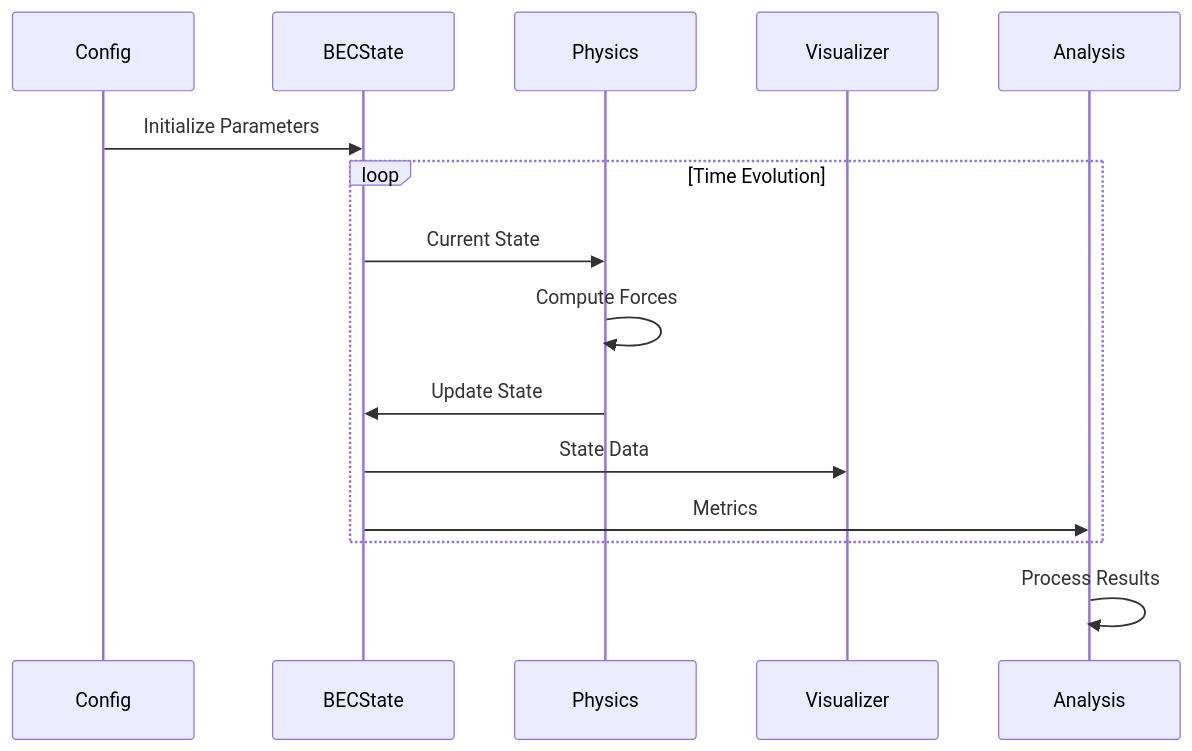
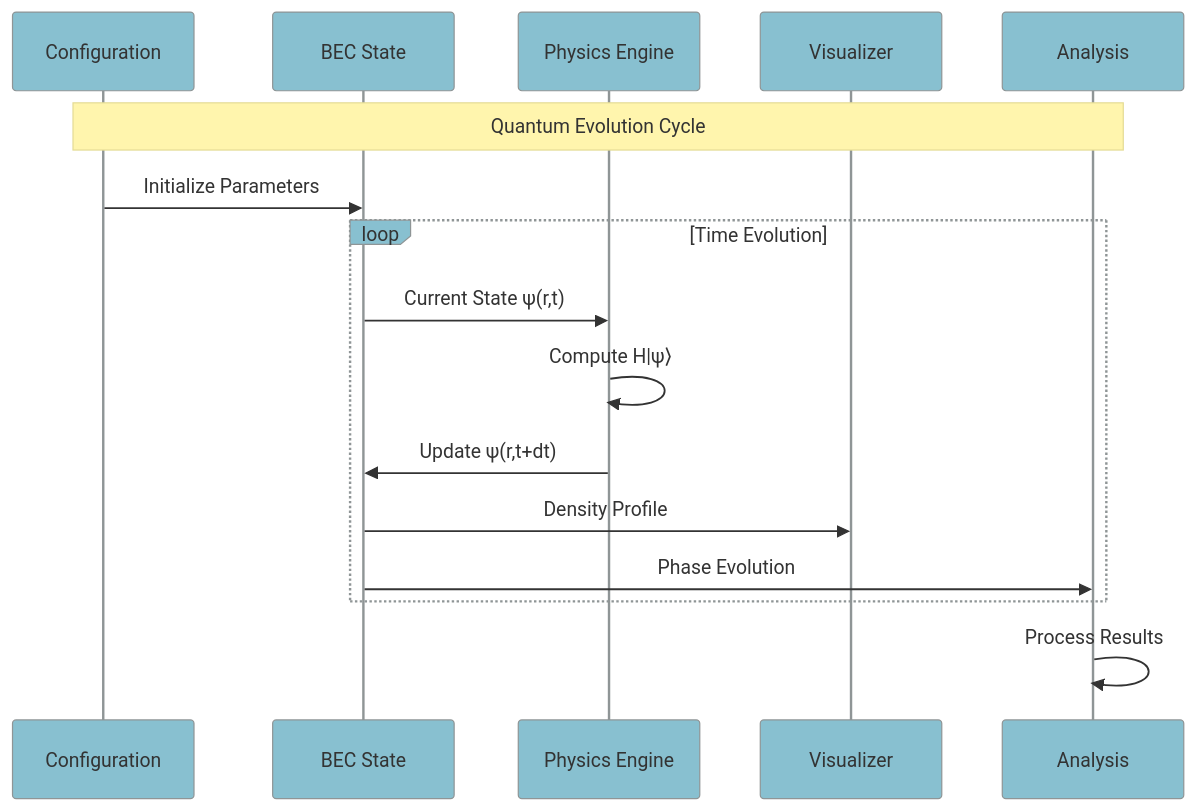
One commit to lundeen06/inertial-bec changed the third of 3 diagrams in README.md. Above: the diagram before and after it, drawn with Mermaid. The commit also changed other lines of this file and 35 other files, not shown here.

````diff
--- a/README.md
+++ b/README.md
@@ -54,18 +117,20 @@
 ```mermaid
+%%{init: {'theme': 'base', 'themeVariables': { 'primaryColor': '#88C0D0', 'secondaryColor': '#81A1C1'}}}%%
 sequenceDiagram
-    participant Config
-    participant BECState
-    participant Physics
-    participant Visualizer
-    participant Analysis
+    participant C as Configuration
+    participant B as BEC State
+    participant P as Physics Engine
+    participant V as Visualizer
+    participant A as Analysis
     
-    Config->>BECState: Initialize Parameters
+    Note over C,A: Quantum Evolution Cycle
+    C->>B: Initialize Parameters
     loop Time Evolution
-        BECState->>Physics: Current State
-        Physics->>Physics: Compute Forces
-        Physics->>BECState: Update State
-        BECState->>Visualizer: State Data
-        BECState->>Analysis: Metrics
+        B->>P: Current State ψ(r,t)
+        P->>P: Compute H|ψ⟩
+        P->>B: Update ψ(r,t+dt)
+        B->>V: Density Profile
+        B->>A: Phase Evolution
     end
-    Analysis->>Analysis: Process Results
+    A->>A: Process Results
 ```
````
